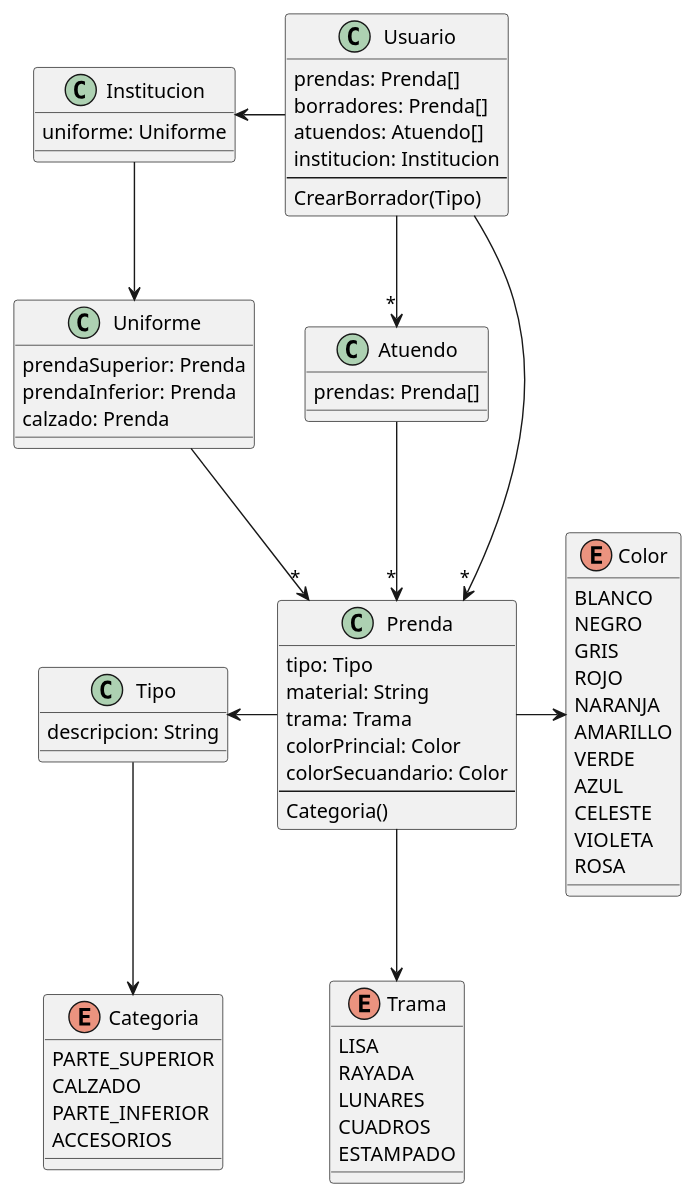
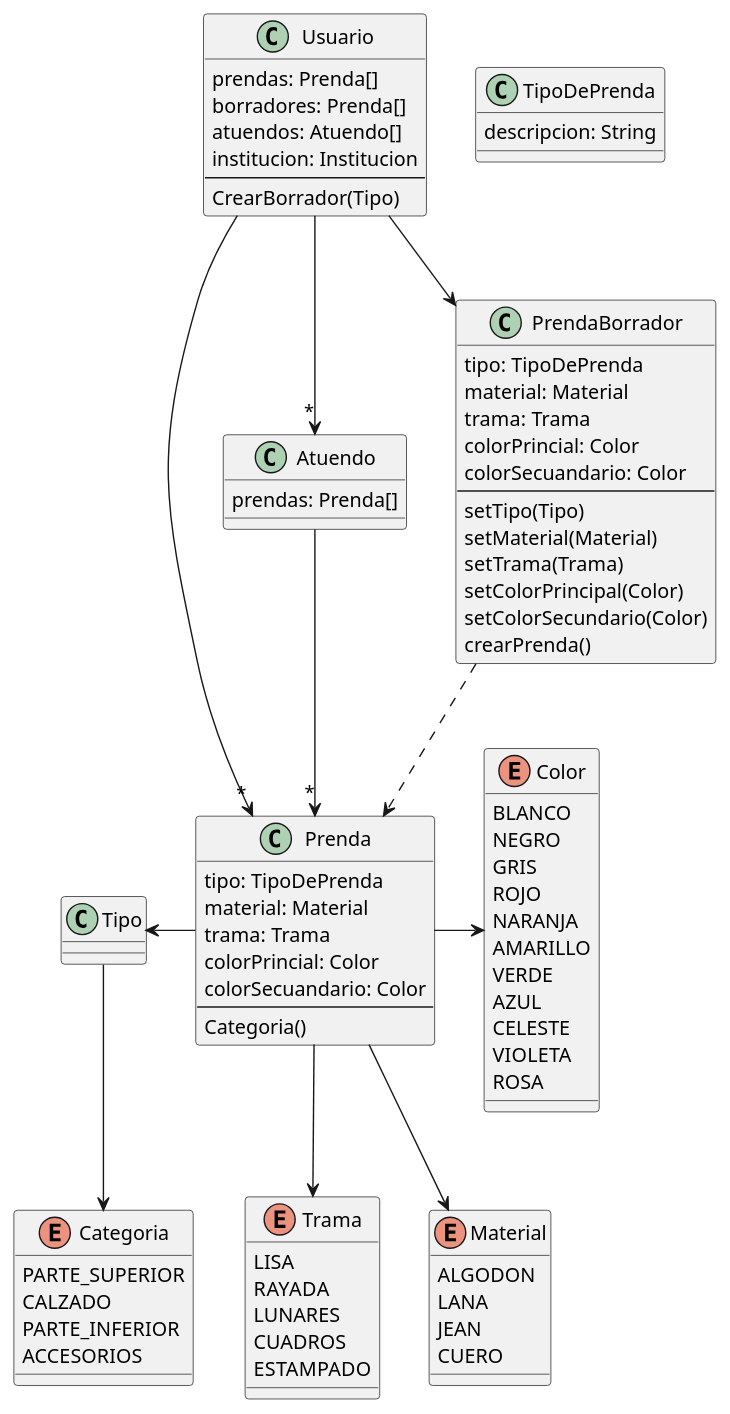
Before and after one commit to lrizzitano/tp-que-me-pongo: the diagram in src/Diagrama-Entidades.puml, drawn with PlantUML. The commit also changed 7 other files, not shown here.

```diff
--- a/src/Diagrama-Entidades.puml
+++ b/src/Diagrama-Entidades.puml
@@ -1,84 +1,96 @@
 @startuml
 
 class Usuario {
     prendas: Prenda[]
     borradores: Prenda[]
     atuendos: Atuendo[]
     institucion: Institucion
     --
     CrearBorrador(Tipo)
 }
 
 class Atuendo {
     prendas: Prenda[]
 }
 
-class Uniforme {
-    prendaSuperior: Prenda
-    prendaInferior: Prenda
-    calzado: Prenda
-}
-
-class Institucion {
-    uniforme: Uniforme
-}
-
 class Prenda {
-    tipo: Tipo
-    material: String
+    tipo: TipoDePrenda
+    material: Material
     trama: Trama
     colorPrincial: Color
     colorSecuandario: Color
     --
     Categoria()
 }
 
-class Tipo {
+class PrendaBorrador {
+    tipo: TipoDePrenda
+    material: Material
+    trama: Trama
+    colorPrincial: Color
+    colorSecuandario: Color
+    --
+    setTipo(Tipo)
+    setMaterial(Material)
+    setTrama(Trama)
+    setColorPrincipal(Color)
+    setColorSecundario(Color)
+    crearPrenda()
+}
+
+class TipoDePrenda {
     descripcion: String
 }
 
 enum Trama {
     LISA
     RAYADA
     LUNARES
     CUADROS
     ESTAMPADO
 }
 
 enum Color {
     BLANCO
     NEGRO
     GRIS
     ROJO
     NARANJA
     AMARILLO
     VERDE
     AZUL
     CELESTE
     VIOLETA
     ROSA
 }
 
 enum Categoria {
     PARTE_SUPERIOR
     CALZADO
     PARTE_INFERIOR
     ACCESORIOS
 }
 
+enum Material {
+    ALGODON
+    LANA
+    JEAN
+    CUERO
+}
+
 Atuendo -->"*" Prenda
-Uniforme -->"*" Prenda
 
 Usuario -->"*" Prenda
+Usuario --> PrendaBorrador
 Usuario -->"*" Atuendo
-Usuario -l-> Institucion
 
-Institucion --> Uniforme
+PrendaBorrador ..> Prenda
 
 Prenda -l-> Tipo
 Prenda --> Trama
 Prenda -> Color
+Prenda --> Material
 
 Tipo --> Categoria
 
 @enduml
```
